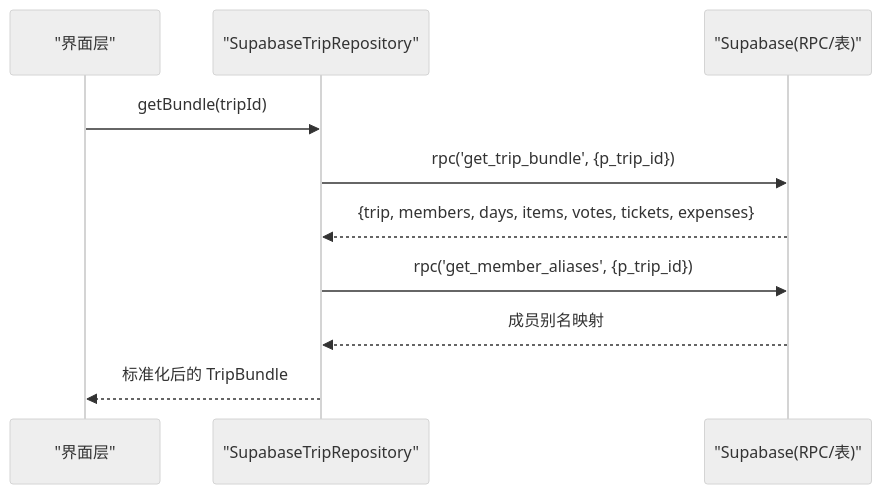
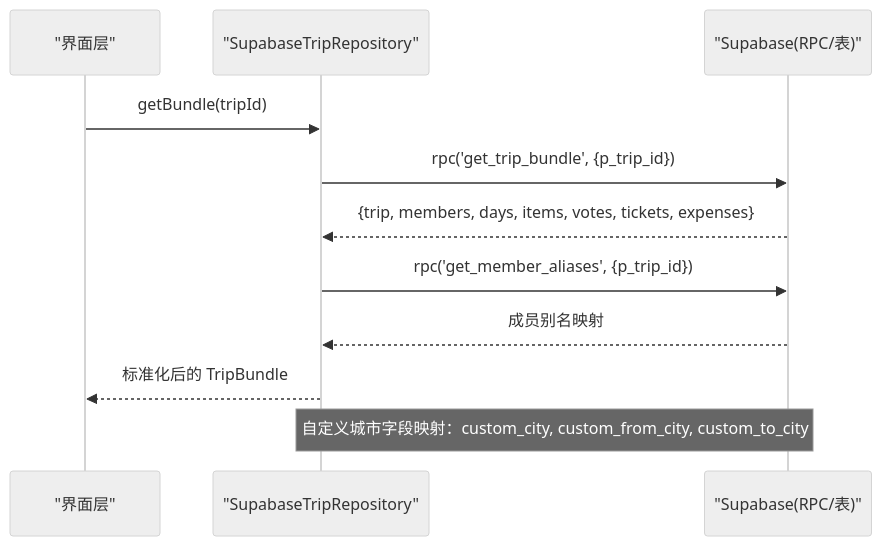
Before and after one commit to huangyilu/wanwuyishi: the fourth of 6 diagrams in .qoder/repowiki/zh/content/数据层架构/数据适配器/数据适配器.md, drawn with Mermaid (neutral theme). The commit also changed other lines of this file and 93 other files, not shown here.

````diff
--- a/.qoder/repowiki/zh/content/数据层架构/数据适配器/数据适配器.md
+++ b/.qoder/repowiki/zh/content/数据层架构/数据适配器/数据适配器.md
@@ -173,12 +193,13 @@
 ```mermaid
 sequenceDiagram
 participant UI as "界面层"
 participant Repo as "SupabaseTripRepository"
 participant DB as "Supabase(RPC/表)"
 UI->>Repo : getBundle(tripId)
 Repo->>DB : rpc('get_trip_bundle', {p_trip_id})
 DB-->>Repo : {trip, members, days, items, votes, tickets, expenses}
 Repo->>DB : rpc('get_member_aliases', {p_trip_id})
 DB-->>Repo : 成员别名映射
 Repo-->>UI : 标准化后的 TripBundle
+Note over Repo,DB : 自定义城市字段映射：custom_city, custom_from_city, custom_to_city
 ```
````
